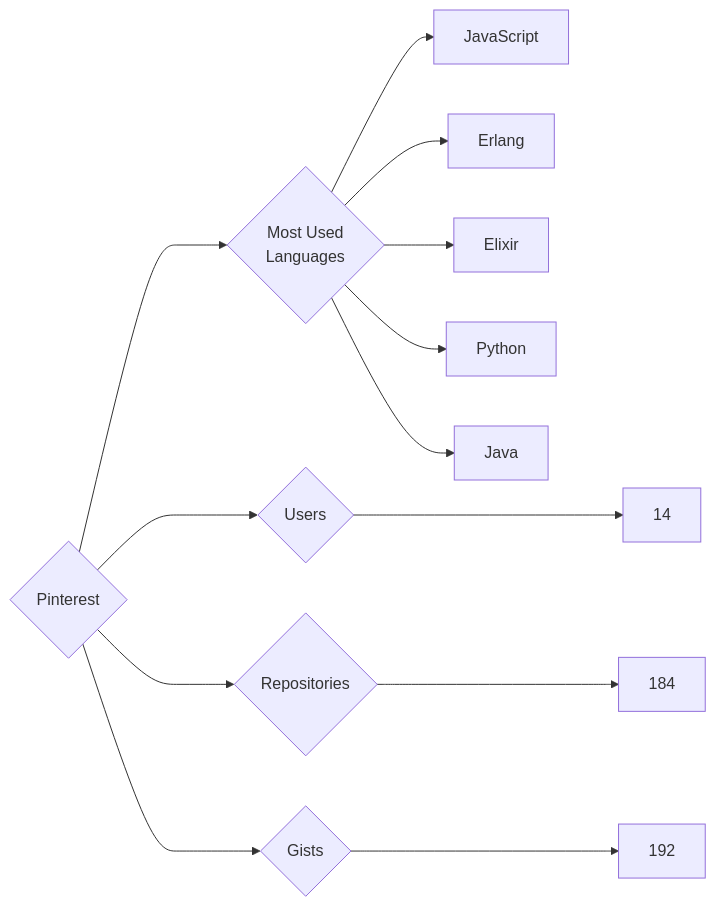
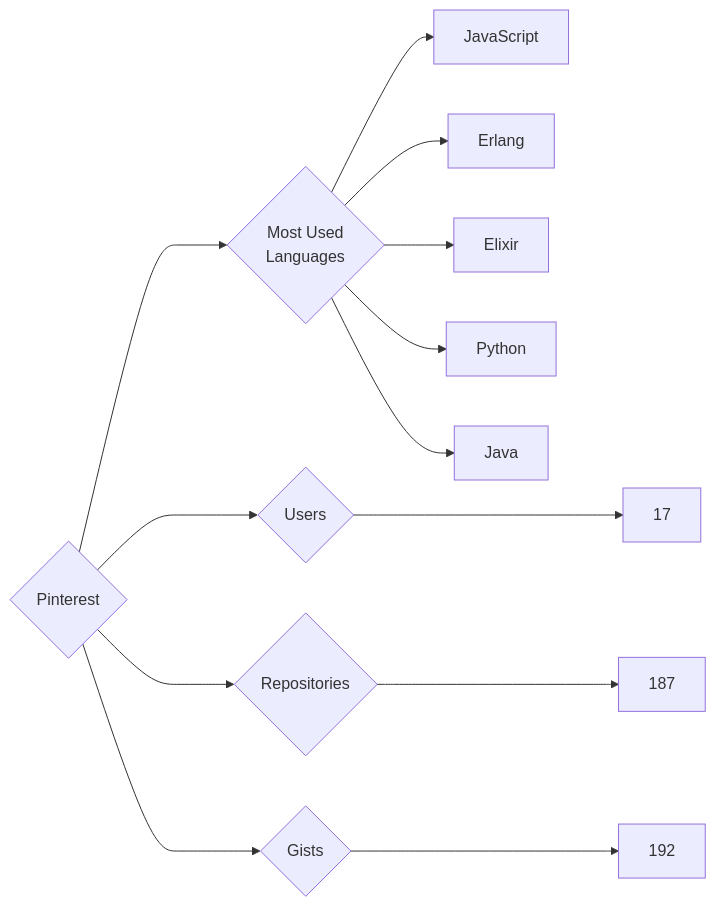
One commit to trickest/insiders changed the diagram in targets/Pinterest/README.md. Above: the diagram before and after it, drawn with Mermaid. The commit also changed 895 other files, not shown here.

````diff
--- a/targets/Pinterest/README.md
+++ b/targets/Pinterest/README.md
@@ -3,13 +3,13 @@
 ```mermaid
 graph LR
 COMPANY_NAME{Pinterest}
-COMPANY_NAME ---> U{Users} ---> UN[14]
-COMPANY_NAME ---> R{Repositories} ---> RN[184]
+COMPANY_NAME ---> U{Users} ---> UN[17]
+COMPANY_NAME ---> R{Repositories} ---> RN[187]
 COMPANY_NAME ---> G{Gists} ---> GN[192]
 COMPANY_NAME ---> ML{Most Used<br>Languages}
 ML --> JavaScript[JavaScript]
 ML --> Erlang[Erlang]
 ML --> Elixir[Elixir]
 ML --> Python[Python]
 ML --> Java[Java]
 ```
````
